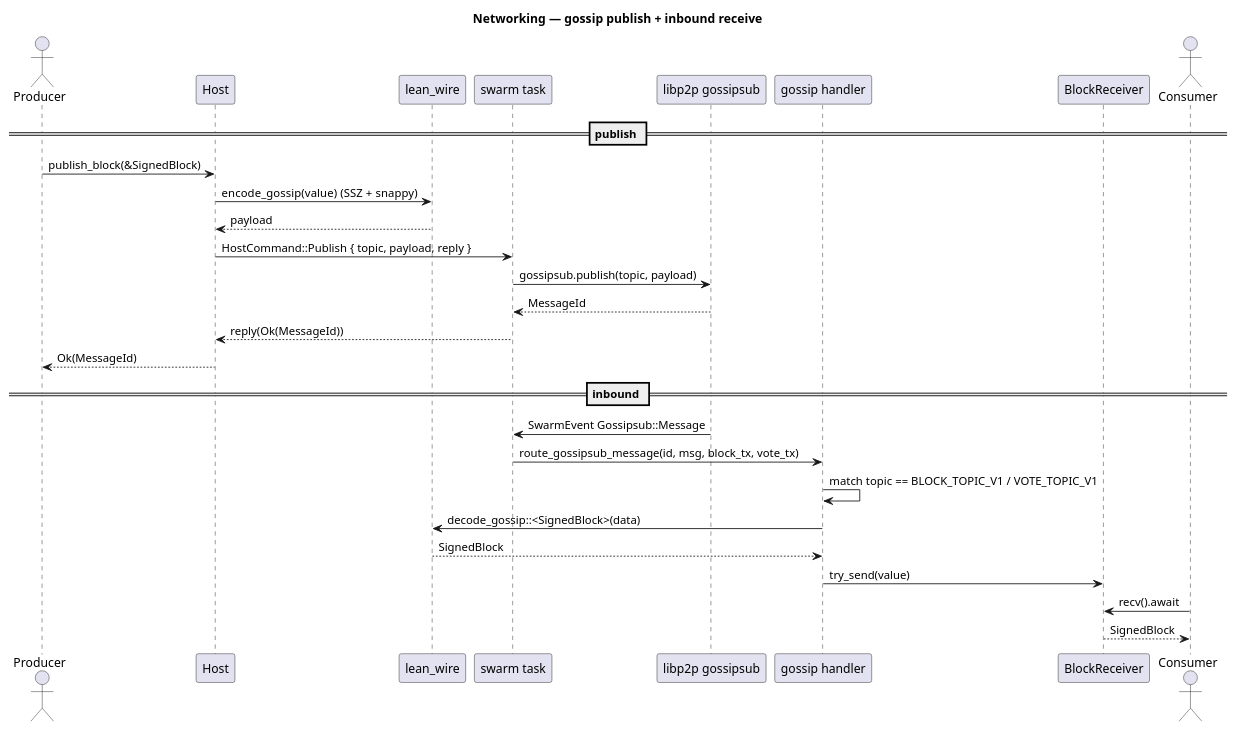
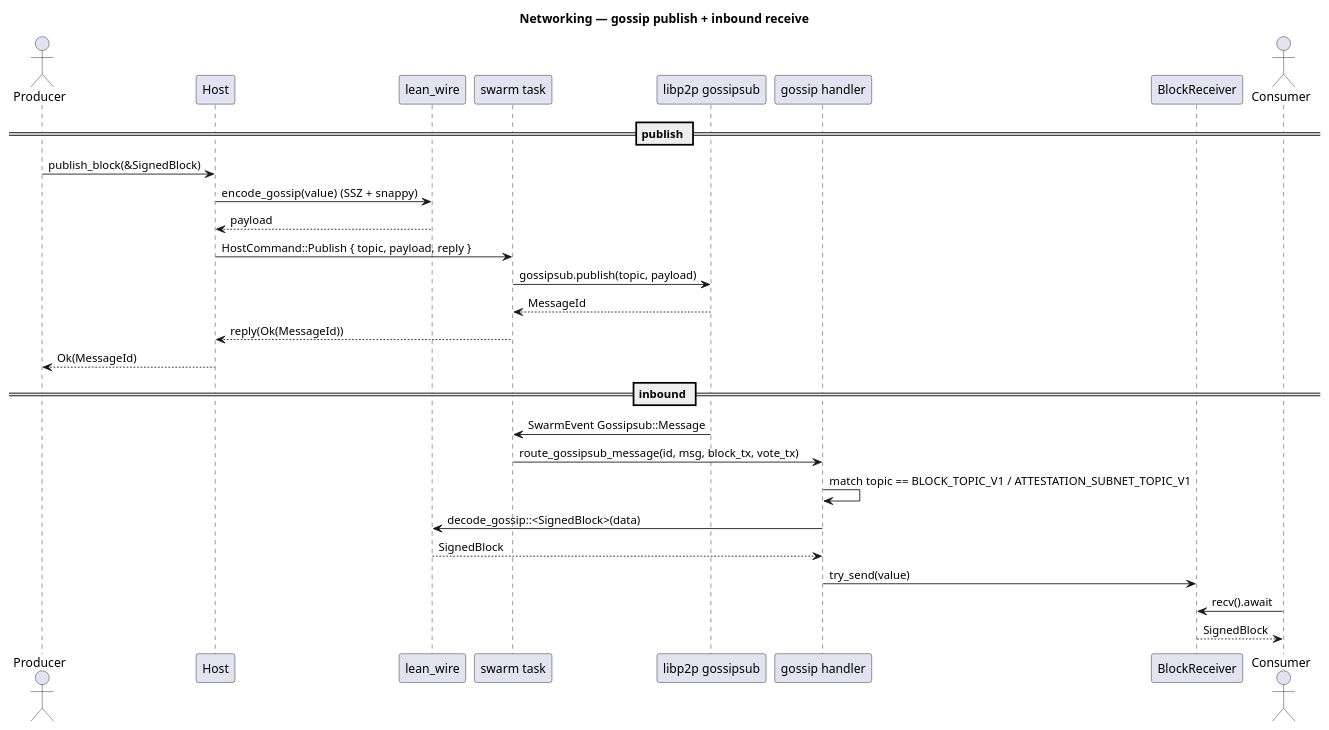
The diagram in docs/architecture/diagrams/networking-seq-gossip.puml (cyberbono3/lean-rust), drawn with PlantUML before and after one commit. The commit also changed 6 other files, not shown here.

```diff
--- a/docs/architecture/diagrams/networking-seq-gossip.puml
+++ b/docs/architecture/diagrams/networking-seq-gossip.puml
@@ -1,33 +1,33 @@
 @startuml networking-seq-gossip
 title Networking — gossip publish + inbound receive
 
 actor Producer
 participant "Host" as Host
 participant "lean_wire" as Wire
 participant "swarm task" as Swarm
 participant "libp2p gossipsub" as Gossip
 participant "gossip handler" as Handler
 participant "BlockReceiver" as Rx
 actor Consumer
 
 == publish ==
 Producer -> Host : publish_block(&SignedBlock)
 Host -> Wire : encode_gossip(value)  (SSZ + snappy)
 Wire --> Host : payload
 Host -> Swarm : HostCommand::Publish { topic, payload, reply }
 Swarm -> Gossip : gossipsub.publish(topic, payload)
 Gossip --> Swarm : MessageId
 Swarm --> Host : reply(Ok(MessageId))
 Host --> Producer : Ok(MessageId)
 
 == inbound ==
 Gossip -> Swarm : SwarmEvent Gossipsub::Message
 Swarm -> Handler : route_gossipsub_message(id, msg, block_tx, vote_tx)
-Handler -> Handler : match topic == BLOCK_TOPIC_V1 / VOTE_TOPIC_V1
+Handler -> Handler : match topic == BLOCK_TOPIC_V1 / ATTESTATION_SUBNET_TOPIC_V1
 Handler -> Wire : decode_gossip::<SignedBlock>(data)
 Wire --> Handler : SignedBlock
 Handler -> Rx : try_send(value)
 Consumer -> Rx : recv().await
 Rx --> Consumer : SignedBlock
 
 @enduml
```
